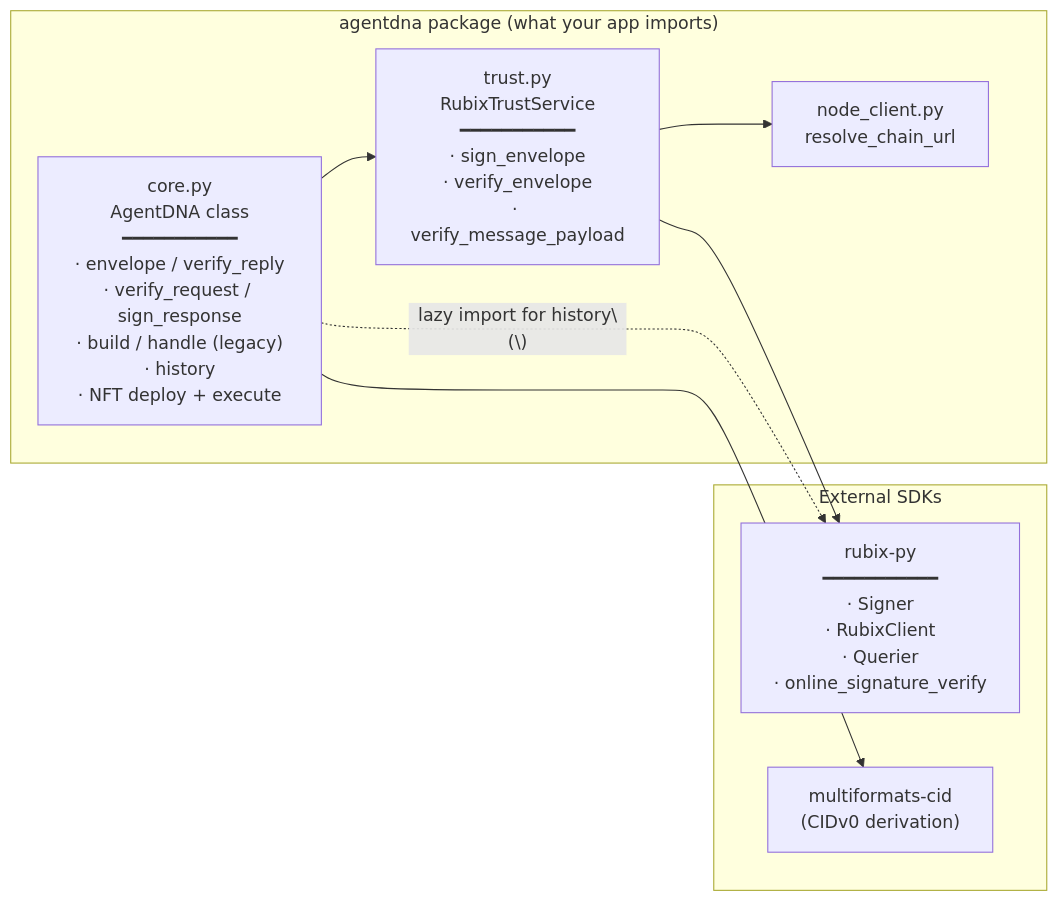
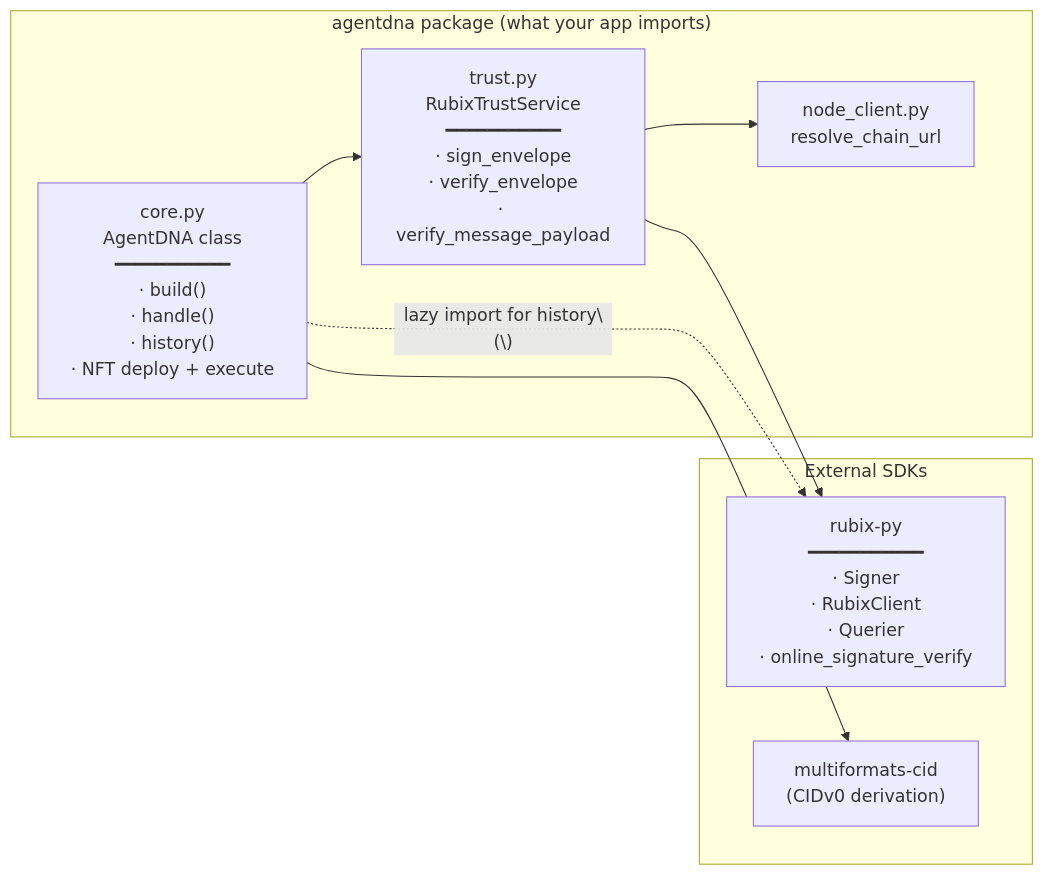
Before and after one commit to agent-dna/agentdna: the first of 3 diagrams in docs/ARCHITECTURE.md, drawn with Mermaid. The commit also changed other lines of this file and 16 other files, not shown here.

Commit message:
build handle back

````diff
--- a/docs/ARCHITECTURE.md
+++ b/docs/ARCHITECTURE.md
@@ -19,19 +19,19 @@
 ```mermaid
 graph LR
     subgraph "agentdna package (what your app imports)"
-        Core["core.py<br/>AgentDNA class<br/>━━━━━━━━━━━<br/>· envelope / verify_reply<br/>· verify_request / sign_response<br/>· build / handle (legacy)<br/>· history<br/>· NFT deploy + execute"]
+        Core["core.py<br/>AgentDNA class<br/>━━━━━━━━━━━<br/>· build()<br/>· handle()<br/>· history()<br/>· NFT deploy + execute"]
         Trust["trust.py<br/>RubixTrustService<br/>━━━━━━━━━━━<br/>· sign_envelope<br/>· verify_envelope<br/>· verify_message_payload"]
         Node["node_client.py<br/>resolve_chain_url"]
     end
 
     subgraph "External SDKs"
         RubixPy["rubix-py<br/>━━━━━━━━━━━<br/>· Signer<br/>· RubixClient<br/>· Querier<br/>· online_signature_verify"]
         Mhash["multiformats-cid<br/>(CIDv0 derivation)"]
     end
 
     Core --> Trust
     Core --> Mhash
     Trust --> Node
     Trust --> RubixPy
     Core -. lazy import for history\(\) .-> RubixPy
 ```
````
